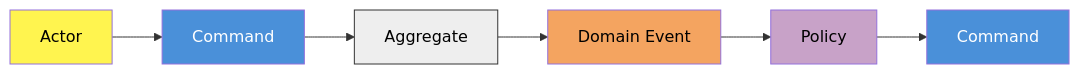
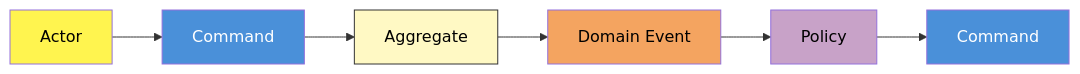
The diagram in plugins/ddd/skills/event-storming/references/notation.md (thinceller/claude-plugins), drawn with Mermaid before and after one commit. The commit also changed other lines of this file, not shown here.

First line of the commit message:
fix(ddd): add Aggregate to event storming color legend

````diff
--- a/plugins/ddd/skills/event-storming/references/notation.md
+++ b/plugins/ddd/skills/event-storming/references/notation.md
@@ -54,15 +57,15 @@
 ```mermaid
 flowchart LR
     classDef event fill:#f4a460,color:#000
     classDef command fill:#4a90d9,color:#fff
     classDef policy fill:#c8a2c8,color:#000
     classDef actor fill:#fff44f,color:#000
     classDef readmodel fill:#77dd77,color:#000
-    classDef aggregate fill:#eee,color:#000,stroke:#333
+    classDef aggregate fill:#fff9c4,color:#000,stroke:#333
 
     Actor[Actor]:::actor --> Command[Command]:::command
     Command --> Aggregate[Aggregate]:::aggregate
     Aggregate --> Event[Domain Event]:::event
     Event --> Policy[Policy]:::policy
     Policy --> Command2[Command]:::command
 ```
````
